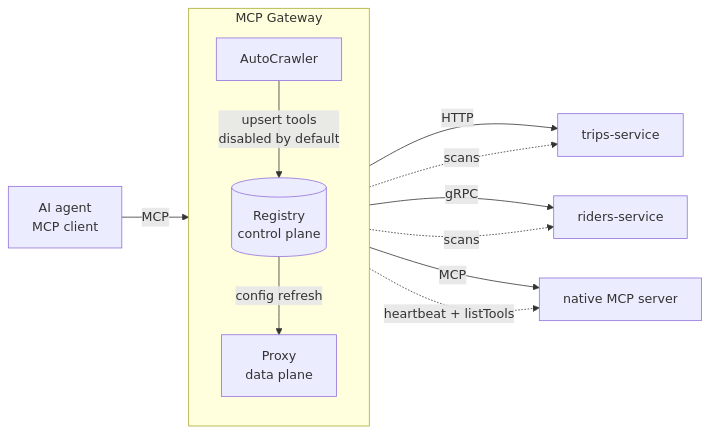
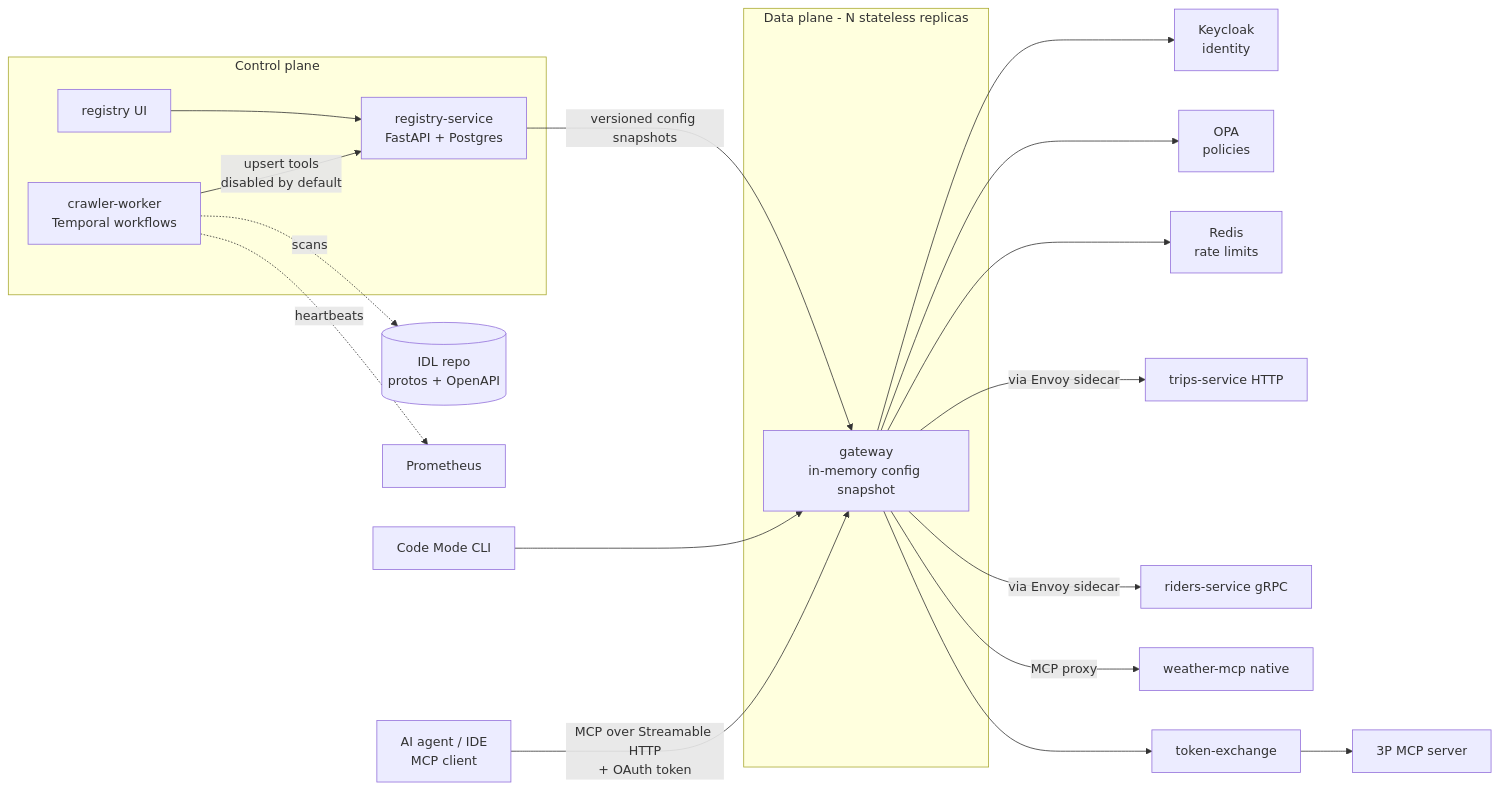
One commit to abhiparashar/mcp-gateway changed the diagram in ROADMAP.md. Above: the diagram before and after it, drawn with Mermaid. The commit also changed other lines of this file, not shown here.

Commit message:
Roadmap: production-grade stack (Postgres, Temporal, Envoy, Keycloak, OPA, Presidio, OTel, Kubernetes)

````diff
--- a/ROADMAP.md
+++ b/ROADMAP.md
@@ -11,15 +16,30 @@
 ```mermaid
 flowchart LR
-    A[AI agent<br/>MCP client] -->|MCP| G
-    subgraph G[MCP Gateway]
-        direction TB
-        R[(Registry<br/>control plane)] -->|config refresh| P[Proxy<br/>data plane]
-        C[AutoCrawler] -->|upsert tools<br/>disabled by default| R
+    A[AI agent / IDE<br/>MCP client] -->|MCP over Streamable HTTP<br/>+ OAuth token| GW
+    CLI[Code Mode CLI] --> GW
+
+    subgraph CP[Control plane]
+        REG[registry-service<br/>FastAPI + Postgres]
+        CR[crawler-worker<br/>Temporal workflows]
+        UI[registry UI]
     end
-    P -->|HTTP| S1[trips-service]
-    P -->|gRPC| S2[riders-service]
-    P -->|MCP| S3[native MCP server]
-    C -.scans.-> S1
-    C -.scans.-> S2
-    C -.heartbeat + listTools.-> S3
+
+    subgraph DP[Data plane - N stateless replicas]
+        GW[gateway<br/>in-memory config snapshot]
+    end
+
+    CR -->|upsert tools<br/>disabled by default| REG
+    UI --> REG
+    REG -->|versioned config snapshots| GW
+
+    GW --> KC[Keycloak<br/>identity]
+    GW --> OPA[OPA<br/>policies]
+    GW --> RD[Redis<br/>rate limits]
+    GW -->|via Envoy sidecar| S1[trips-service HTTP]
+    GW -->|via Envoy sidecar| S2[riders-service gRPC]
+    GW -->|MCP proxy| S3[weather-mcp native]
+    GW --> TX[token-exchange] --> EXT[3P MCP server]
+
+    CR -.scans.-> IDL[(IDL repo<br/>protos + OpenAPI)]
+    CR -.heartbeats.-> PR[Prometheus]
 ```
````
